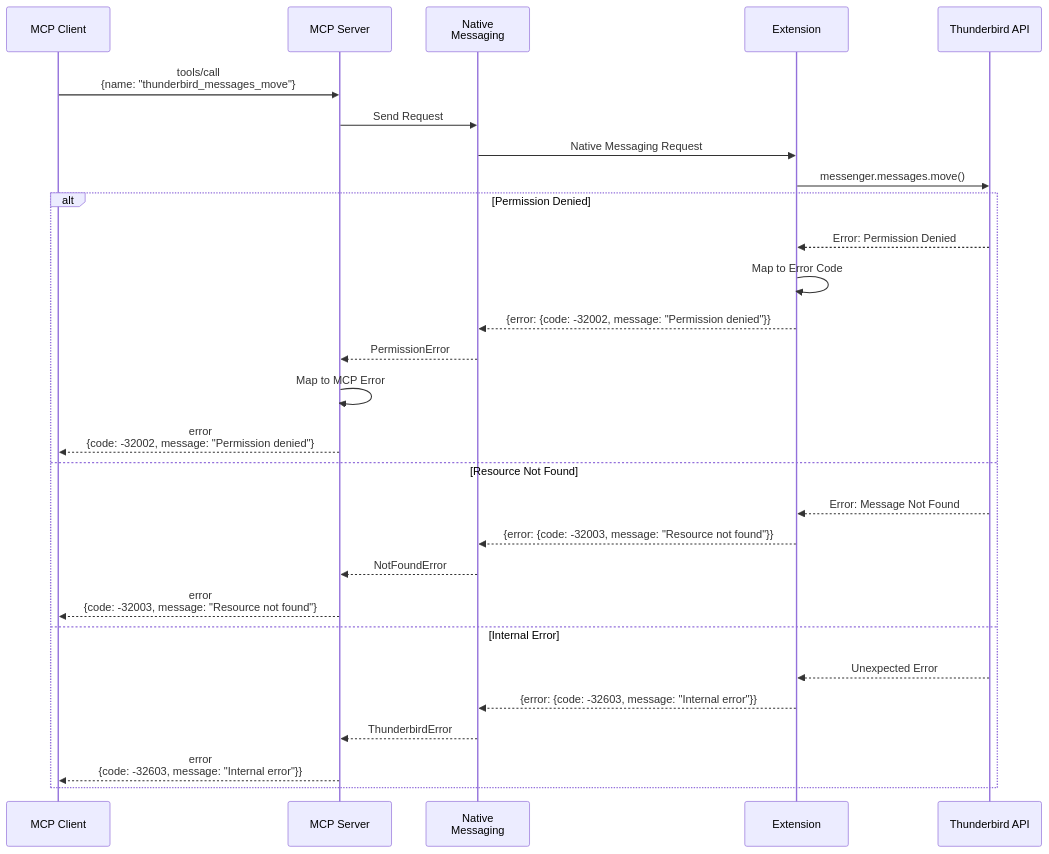
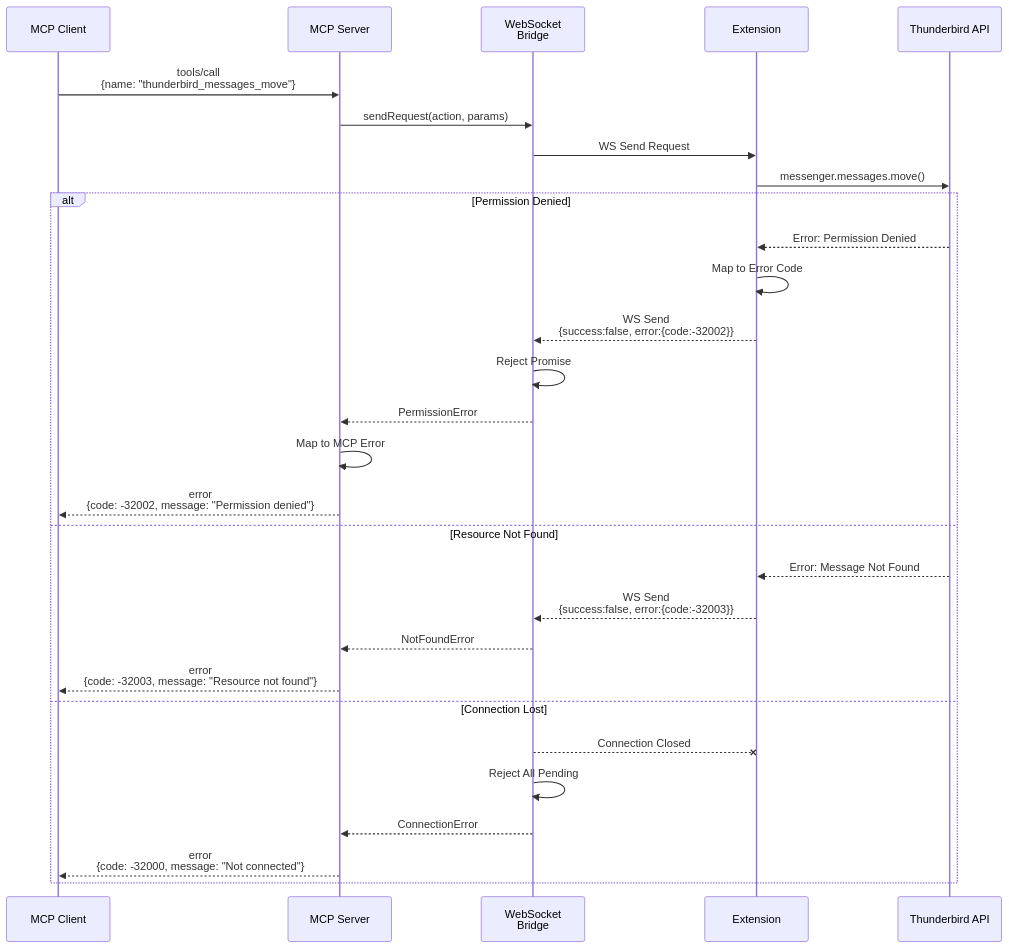
One commit to assistance-micro-design/zileo-mcp-thunderbird changed the fifth of 10 diagrams in docs/architecture/data-flow.md. Above: the diagram before and after it, drawn with Mermaid. The commit also changed other lines of this file and 7 other files, not shown here.

````diff
--- a/docs/architecture/data-flow.md
+++ b/docs/architecture/data-flow.md
@@ -267,33 +281,34 @@
 ```mermaid
 sequenceDiagram
     participant Client as MCP Client
     participant Server as MCP Server
-    participant NMClient as Native<br/>Messaging
+    participant Bridge as WebSocket<br/>Bridge
     participant Extension as Extension
     participant TB as Thunderbird API
 
     Client->>Server: tools/call<br/>{name: "thunderbird_messages_move"}
 
-    Server->>NMClient: Send Request
-    NMClient->>Extension: Native Messaging Request
+    Server->>Bridge: sendRequest(action, params)
+    Bridge->>Extension: WS Send Request
     Extension->>TB: messenger.messages.move()
 
     alt Permission Denied
         TB-->>Extension: Error: Permission Denied
         Extension->>Extension: Map to Error Code
-        Extension-->>NMClient: {error: {code: -32002, message: "Permission denied"}}
-        NMClient-->>Server: PermissionError
+        Extension-->>Bridge: WS Send<br/>{success:false, error:{code:-32002}}
+        Bridge->>Bridge: Reject Promise
+        Bridge-->>Server: PermissionError
         Server->>Server: Map to MCP Error
         Server-->>Client: error<br/>{code: -32002, message: "Permission denied"}
     else Resource Not Found
         TB-->>Extension: Error: Message Not Found
-        Extension-->>NMClient: {error: {code: -32003, message: "Resource not found"}}
-        NMClient-->>Server: NotFoundError
+        Extension-->>Bridge: WS Send<br/>{success:false, error:{code:-32003}}
+        Bridge-->>Server: NotFoundError
         Server-->>Client: error<br/>{code: -32003, message: "Resource not found"}
-    else Internal Error
-        TB-->>Extension: Unexpected Error
-        Extension-->>NMClient: {error: {code: -32603, message: "Internal error"}}
-        NMClient-->>Server: ThunderbirdError
-        Server-->>Client: error<br/>{code: -32603, message: "Internal error"}}
+    else Connection Lost
+        Bridge--xExtension: Connection Closed
+        Bridge->>Bridge: Reject All Pending
+        Bridge-->>Server: ConnectionError
+        Server-->>Client: error<br/>{code: -32000, message: "Not connected"}
     end
 ```
````
